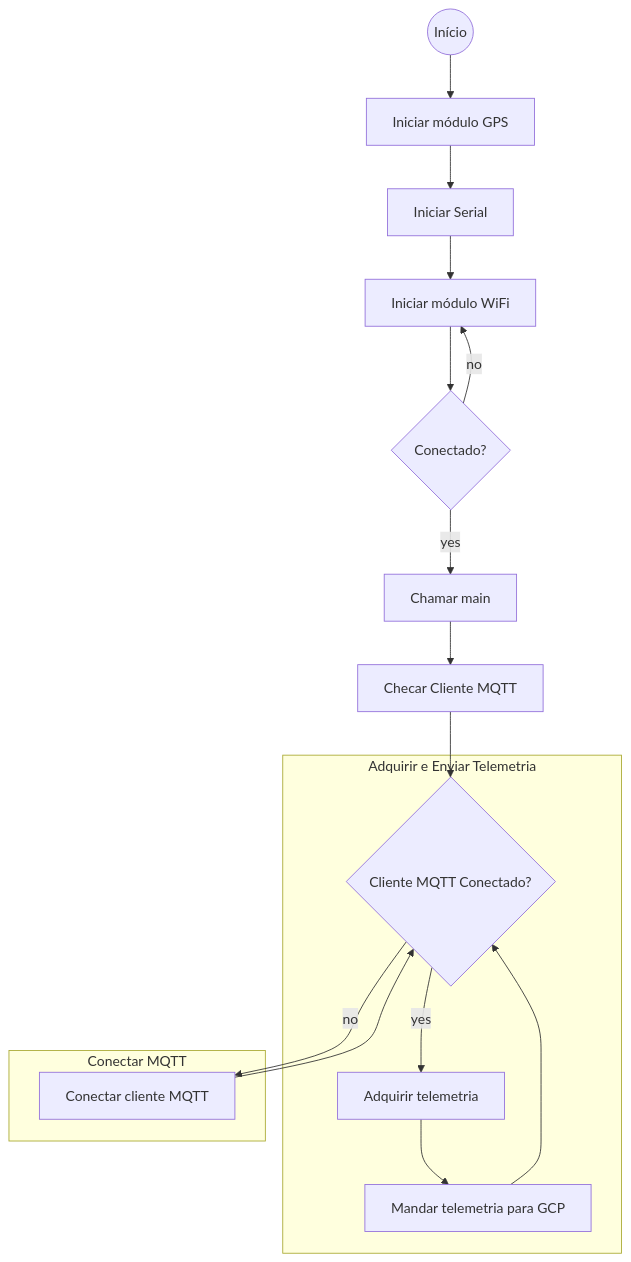
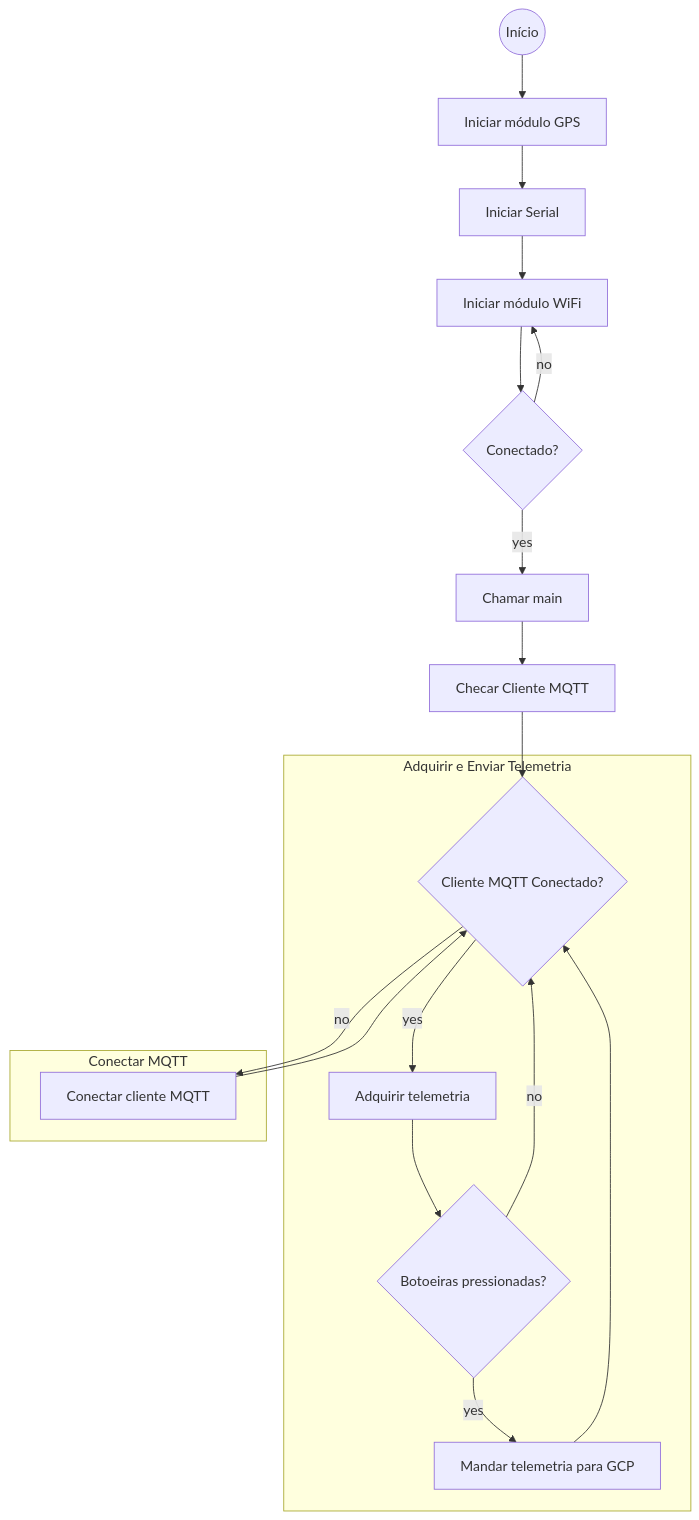
The diagram in README.md (eyji-koike/IniciativaArduinoIoT), drawn with Mermaid before and after one commit.

````diff
--- a/README.md
+++ b/README.md
@@ -64,20 +64,22 @@
 ```mermaid
 graph TD;
 A((Início)) --> B[Iniciar módulo GPS]
     B[Iniciar módulo GPS] --> C[Iniciar Serial]
     C[Iniciar Serial] --> D[Iniciar módulo WiFi]
     D[Iniciar módulo WiFi] --> E{Conectado?} 
     E{Conectado?} -- yes --> F[Chamar main]
     E{Conectado?} -- no --> D[Iniciar módulo WiFi]
     F[Chamar main] --> G[Checar Cliente MQTT]
     G[Checar Cliente MQTT] --> H{Cliente MQTT Conectado?}
     H{Cliente MQTT Conectado?} -- no --> I[Conectar cliente MQTT]
     H{Cliente MQTT Conectado?} -- yes --> J[Adquirir telemetria]
     subgraph Adquirir e Enviar Telemetria
-        J[Adquirir telemetria] --> K[Mandar telemetria para GCP]
-        K[Mandar telemetria para GCP] --> H{Cliente MQTT Conectado?}
+        J[Adquirir telemetria] --> K{Botoeiras pressionadas?}
+        K{Botoeiras pressionadas?} -- yes -->L[Mandar telemetria para GCP]
+        K{Botoeiras pressionadas?} -- no --> H{Cliente MQTT Conectado?}
+        L[Mandar telemetria para GCP] --> H{Cliente MQTT Conectado?}
     end
     subgraph Conectar MQTT
     I[Conectar cliente MQTT] --> H{Cliente MQTT Conectado?}
     end
 ```
````
